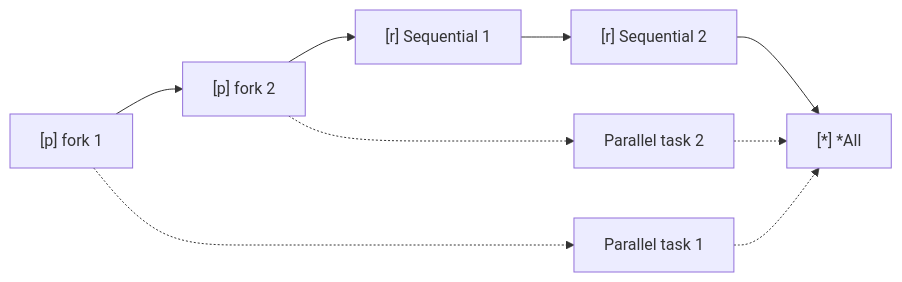
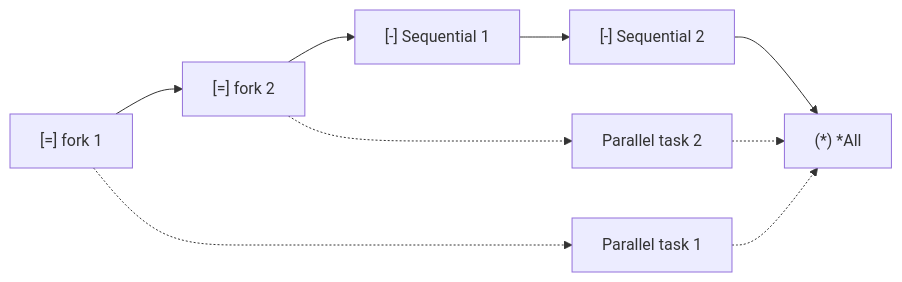
The second of 2 diagrams in docs/user/concepts/pipelines/wrappers.md (hasan-alj88/Polyglot), drawn with Mermaid before and after one commit. The commit also changed other lines of this file and 356 other files, not shown here.

````diff
--- a/docs/user/concepts/pipelines/wrappers.md
+++ b/docs/user/concepts/pipelines/wrappers.md
@@ -51,15 +51,15 @@
 ```mermaid
 flowchart LR
-    P1["[p] fork 1"]
-    P2["[p] fork 2"]
-    R1["[r] Sequential 1"]
-    R2["[r] Sequential 2"]
-    COL["[*] *All"]
+    P1["[=] fork 1"]
+    P2["[=] fork 2"]
+    R1["[-] Sequential 1"]
+    R2["[-] Sequential 2"]
+    COL["(*) *All"]
 
     PA1["Parallel task 1"]
     PA2["Parallel task 2"]
 
     P1 --> P2 --> R1 --> R2 --> COL
     P1 -.-> PA1 -.-> COL
     P2 -.-> PA2 -.-> COL
 ```
````
